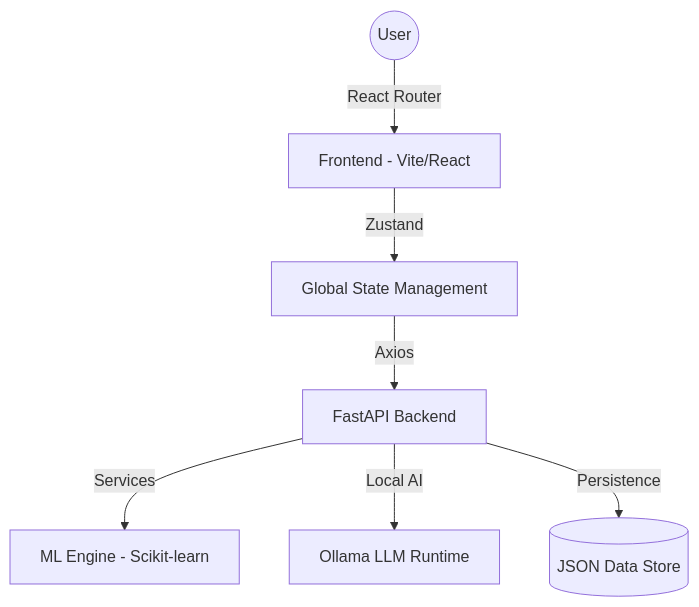
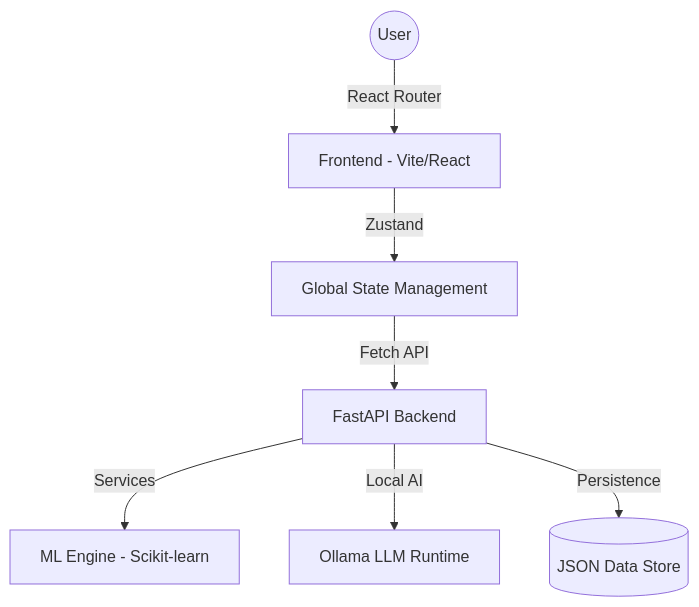
The diagram in README.md (SenthilkumaranPSK/AUREXIS_AI), drawn with Mermaid before and after one commit. The commit also changed other lines of this file and 28 other files, not shown here.

````diff
--- a/README.md
+++ b/README.md
@@ -122,9 +128,9 @@
 ```mermaid
 graph TD
     User((User)) -->|React Router| FE[Frontend - Vite/React]
     FE -->|Zustand| State[Global State Management]
-    State -->|Axios| API[FastAPI Backend]
+    State -->|Fetch API| API[FastAPI Backend]
     API -->|Services| ML[ML Engine - Scikit-learn]
     API -->|Local AI| Ollama[Ollama LLM Runtime]
     API -->|Persistence| JSON[(JSON Data Store)]
 ```
````
